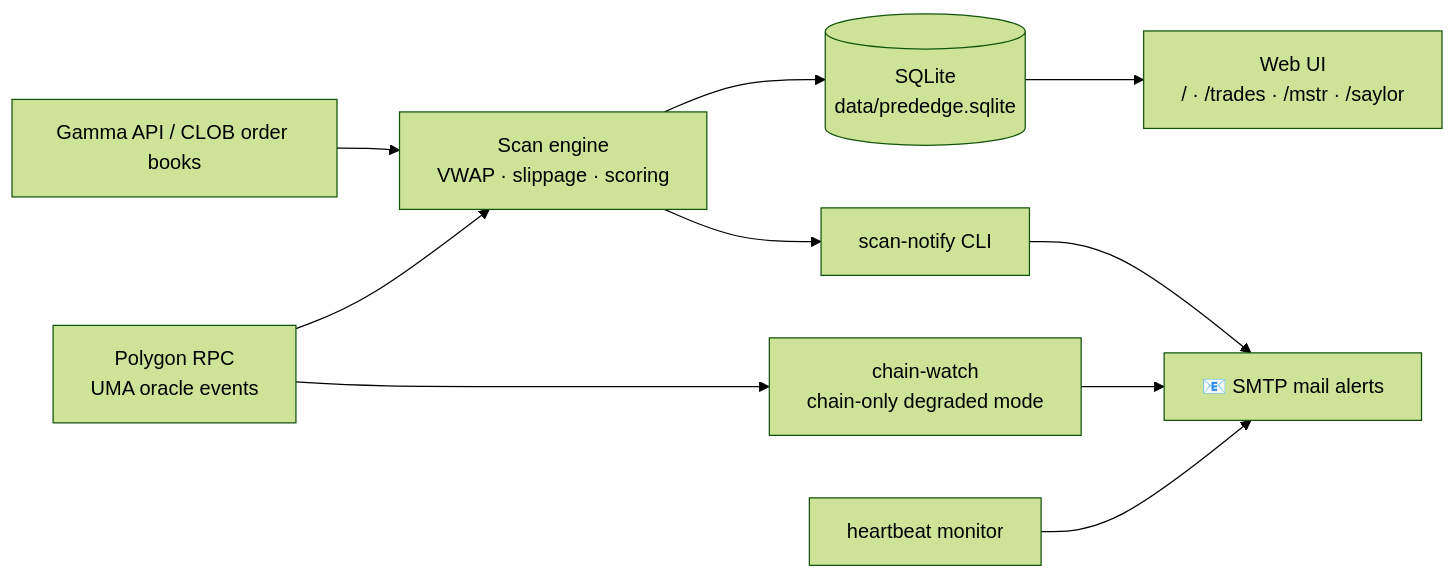
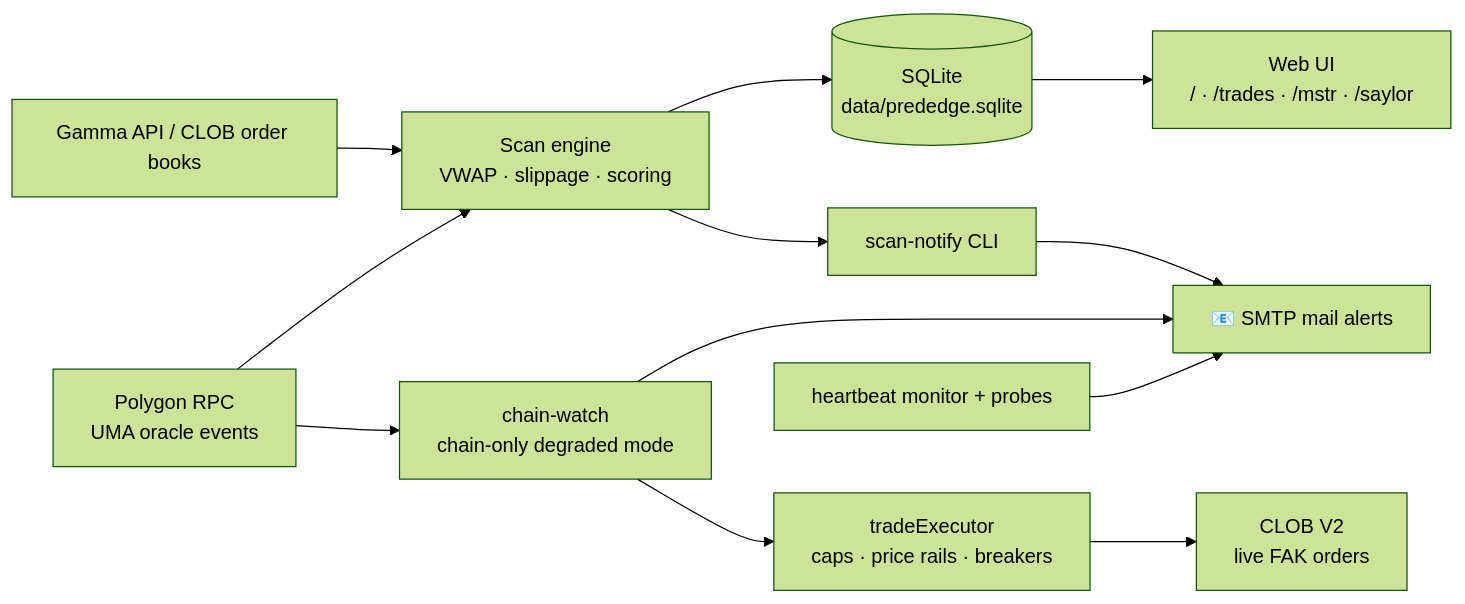
The second of 2 diagrams in README.md (yiyangshen04/prededge), drawn with Mermaid (forest theme) before and after one commit. The commit also changed other lines of this file, not shown here.

````diff
--- a/README.md
+++ b/README.md
@@ -136,12 +178,14 @@
 ```mermaid
 flowchart LR
     G[Gamma API / CLOB order books] --> S[Scan engine<br/>VWAP · slippage · scoring]
     P[Polygon RPC<br/>UMA oracle events] --> S
     P --> C[chain-watch<br/>chain-only degraded mode]
     S --> DB[(SQLite<br/>data/prededge.sqlite)]
     DB --> UI[Web UI<br/>/ · /trades · /mstr · /saylor]
     S --> N[scan-notify CLI]
     N --> M[📧 SMTP mail alerts]
     C --> M
-    H[heartbeat monitor] --> M
+    C --> T[tradeExecutor<br/>caps · price rails · breakers]
+    T --> O[CLOB V2<br/>live FAK orders]
+    H[heartbeat monitor + probes] --> M
 ```
````
